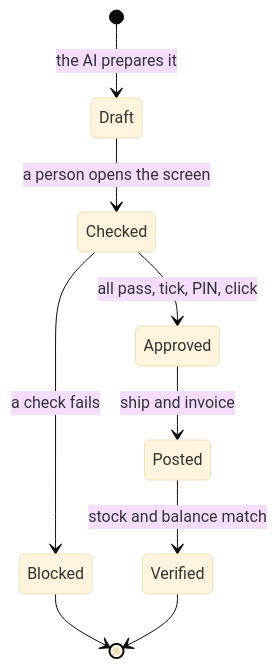
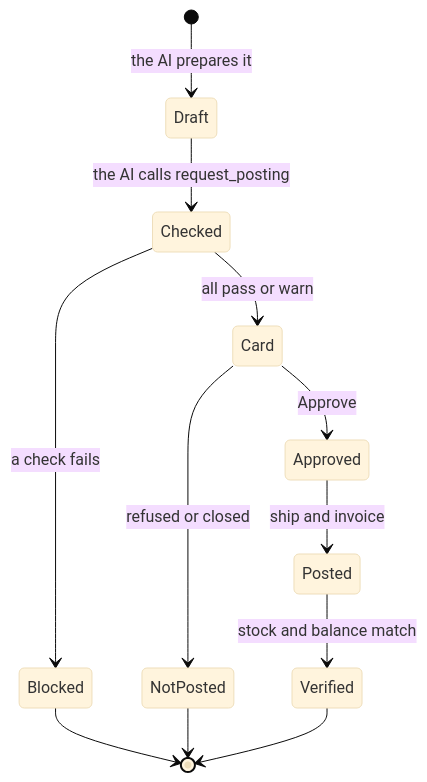
The second of 2 diagrams in content/bcsupplychain7.md (Haddley/haddley.github.io), drawn with Mermaid (base theme) before and after one commit. The commit also changed other lines of this file and 69 other files, not shown here.

````diff
--- a/content/bcsupplychain7.md
+++ b/content/bcsupplychain7.md
@@ -64,11 +71,14 @@
 ```mermaid
 stateDiagram-v2
   [*] --> Draft: the AI prepares it
-  Draft --> Checked: a person opens the screen
+  Draft --> Checked: the AI calls request_posting
   Checked --> Blocked: a check fails
-  Checked --> Approved: all pass, tick, PIN, click
+  Checked --> Card: all pass or warn
+  Card --> NotPosted: refused or closed
+  Card --> Approved: Approve
   Approved --> Posted: ship and invoice
   Posted --> Verified: stock and balance match
   Blocked --> [*]
+  NotPosted --> [*]
   Verified --> [*]
 ```
````
